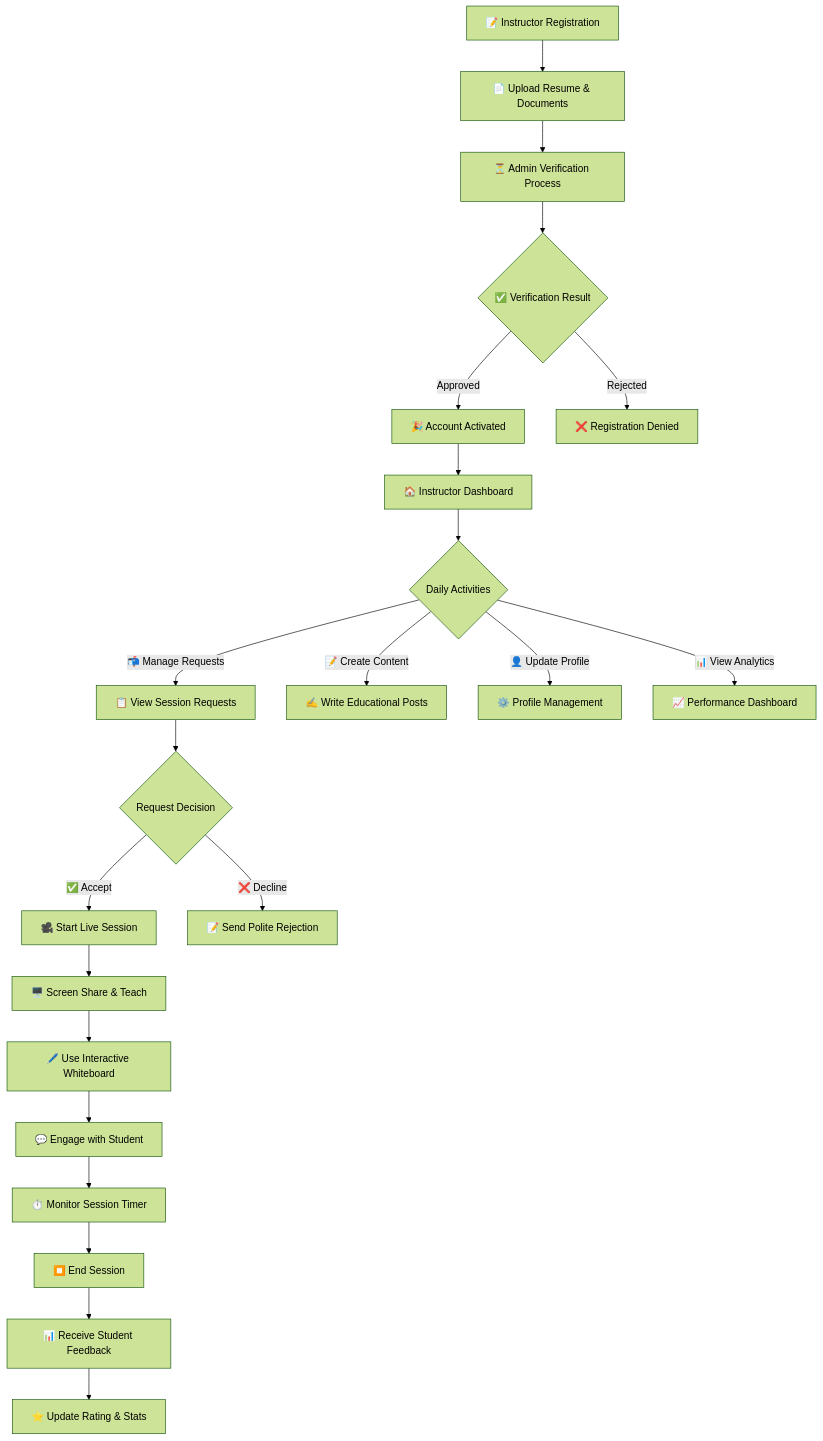
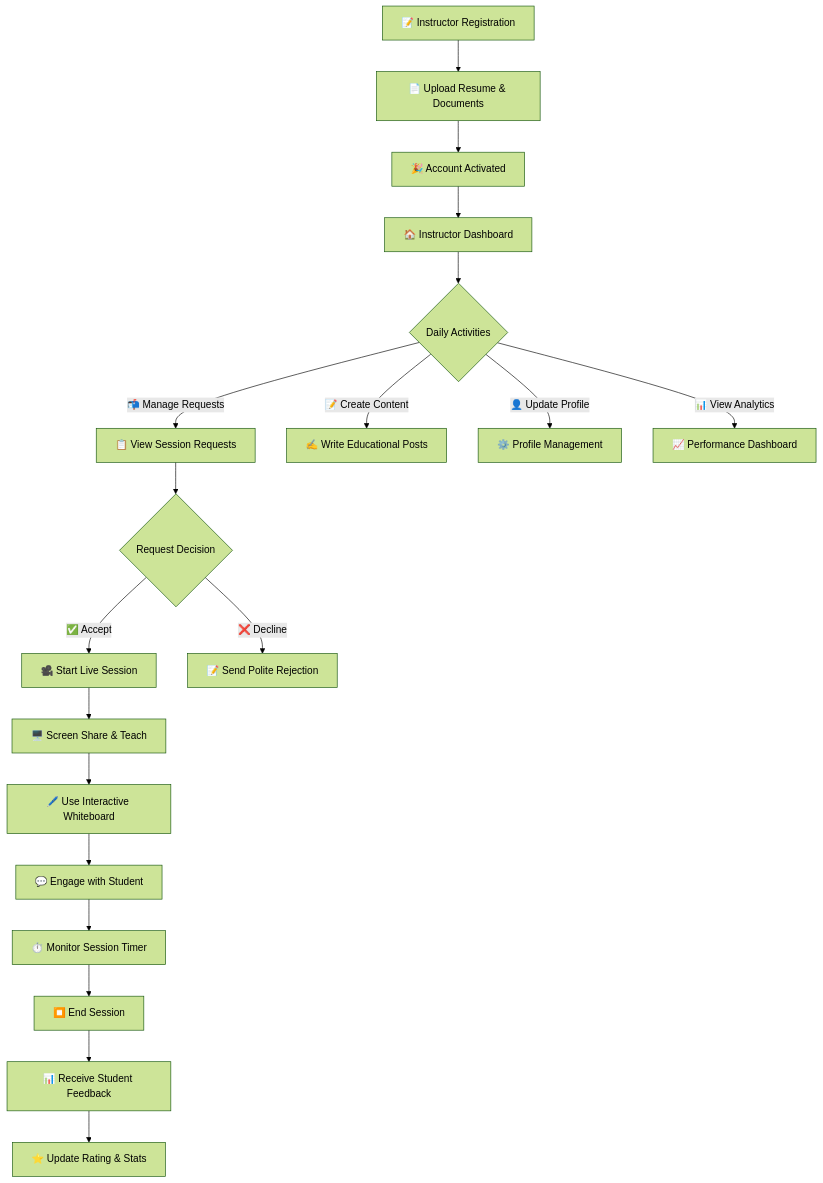
One commit to HARICH529/Project-H changed the third of 4 diagrams in README.md. Above: the diagram before and after it, drawn with Mermaid (forest theme). The commit also changed other lines of this file, not shown here.

Commit message:
docs: Remove instructor verification workflows

````diff
--- a/README.md
+++ b/README.md
@@ -156,29 +156,25 @@
 ```mermaid
 flowchart TD
     A[📝 Instructor Registration] --> B[📄 Upload Resume & Documents]
-    B --> C[⏳ Admin Verification Process]
-    C --> D{✅ Verification Result}
-    
-    D -->|Approved| E[🎉 Account Activated]
-    D -->|Rejected| F[❌ Registration Denied]
+    B --> E[🎉 Account Activated]
     
     E --> G[🏠 Instructor Dashboard]
     G --> H{Daily Activities}
     
     H -->|📬 Manage Requests| I[📋 View Session Requests]
     H -->|📝 Create Content| J[✍️ Write Educational Posts]
     H -->|👤 Update Profile| K[⚙️ Profile Management]
     H -->|📊 View Analytics| L[📈 Performance Dashboard]
     
     I --> M{Request Decision}
     M -->|✅ Accept| N[🎥 Start Live Session]
     M -->|❌ Decline| O[📝 Send Polite Rejection]
     
     N --> P[🖥️ Screen Share & Teach]
     P --> Q[🖊️ Use Interactive Whiteboard]
     Q --> R[💬 Engage with Student]
     R --> S[⏱️ Monitor Session Timer]
     S --> T[⏹️ End Session]
     T --> U[📊 Receive Student Feedback]
     U --> V[⭐ Update Rating & Stats]
 ```
````
